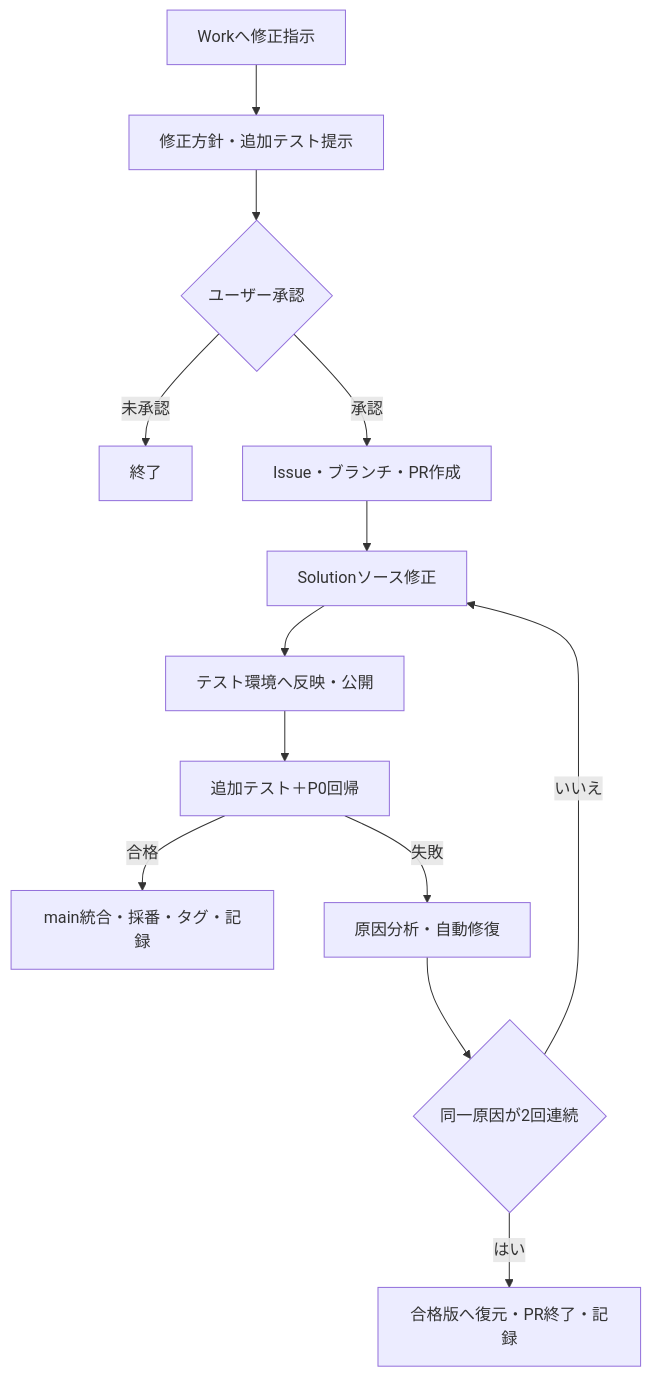
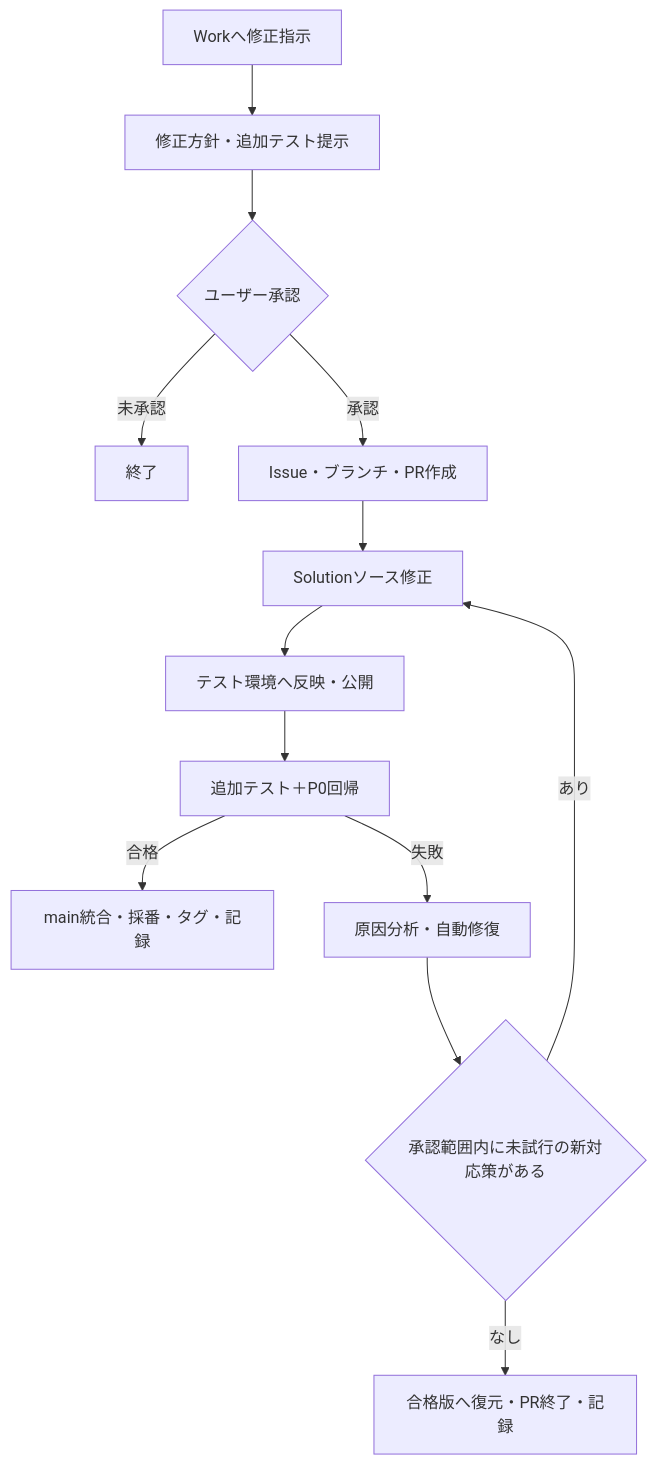
Before and after one commit to hirokazu601218/PowerAppsCanvasAppUI: the diagram in docs/requirements/unattended-development-requirements.md, drawn with Mermaid. The commit also changed other lines of this file, not shown here.

````diff
--- a/docs/requirements/unattended-development-requirements.md
+++ b/docs/requirements/unattended-development-requirements.md
@@ -70,15 +70,15 @@
 ```mermaid
 flowchart TD
     A["Workへ修正指示"] --> B["修正方針・追加テスト提示"]
     B --> C{"ユーザー承認"}
     C -- "未承認" --> Z["終了"]
     C -- "承認" --> D["Issue・ブランチ・PR作成"]
     D --> E["Solutionソース修正"]
     E --> F["テスト環境へ反映・公開"]
     F --> G["追加テスト＋P0回帰"]
     G -- "合格" --> H["main統合・採番・タグ・記録"]
     G -- "失敗" --> I["原因分析・自動修復"]
-    I --> J{"同一原因が2回連続"}
-    J -- "いいえ" --> E
-    J -- "はい" --> K["合格版へ復元・PR終了・記録"]
+    I --> J{"承認範囲内に未試行の新対応策がある"}
+    J -- "あり" --> E
+    J -- "なし" --> K["合格版へ復元・PR終了・記録"]
 ```
````
